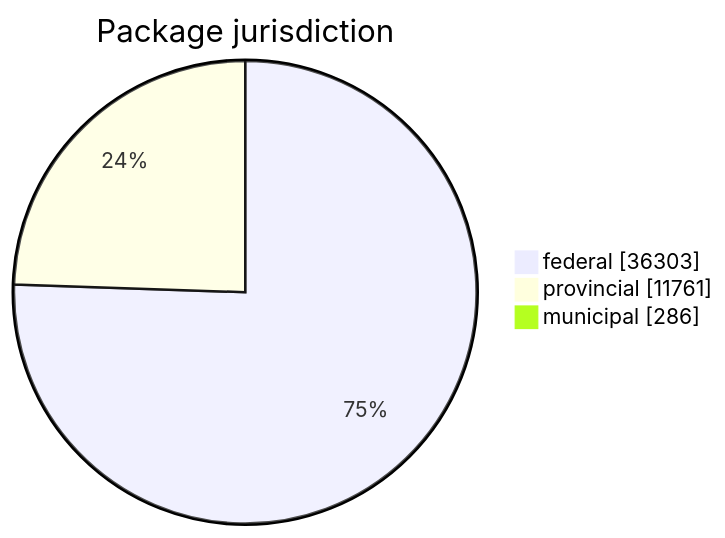
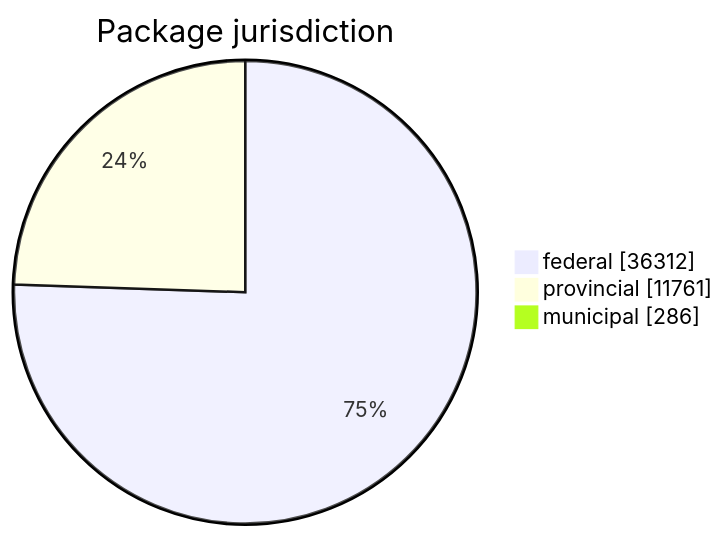
One commit to open-data/analytics-corporate-reporting changed the first of 5 diagrams in FreshCheck/README.md. Above: the diagram before and after it, drawn with Mermaid. The commit also changed other lines of this file and 3 other files, not shown here.

````diff
--- a/FreshCheck/README.md
+++ b/FreshCheck/README.md
@@ -60,6 +60,6 @@
 ```mermaid
 pie showData title Package jurisdiction
-    "federal": 36303
+    "federal": 36312
     "provincial": 11761
     "municipal": 286
 ```
````
